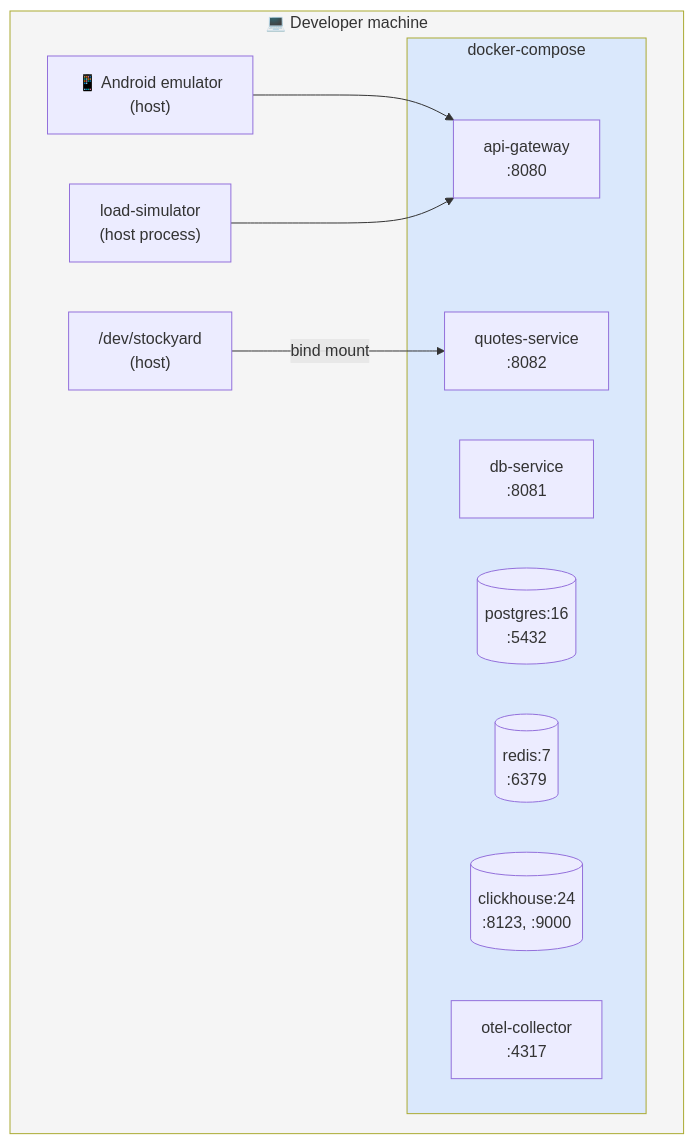
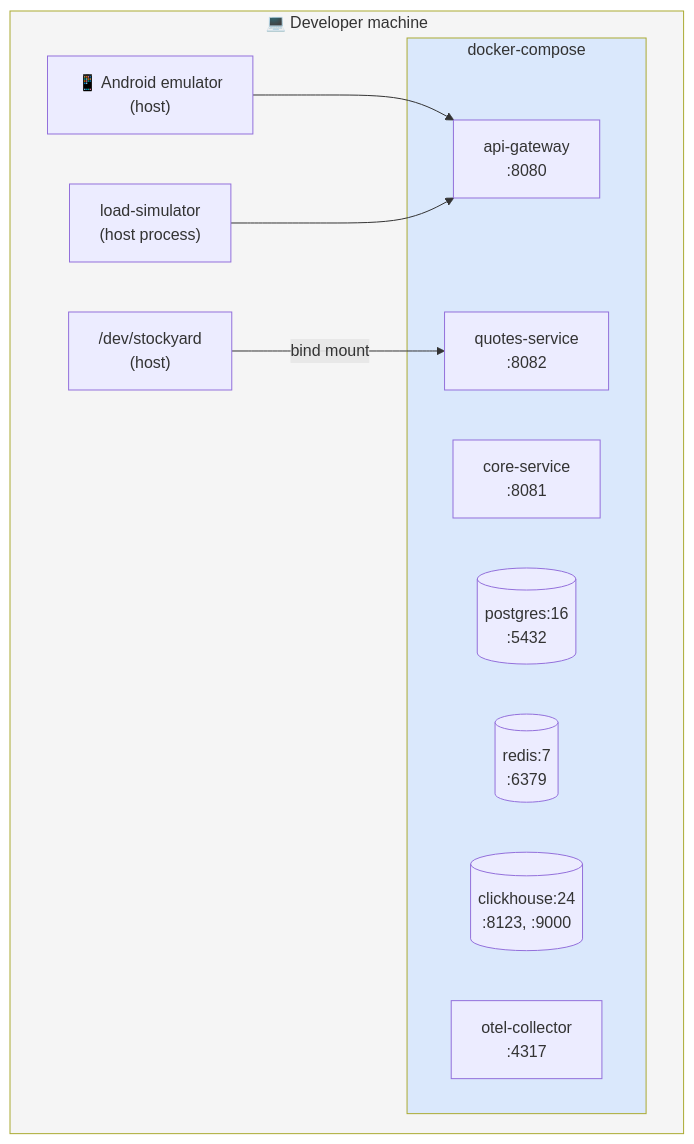
Before and after one commit to r4m63/Stockyard: the first of 5 diagrams in docs/architecture/04-deployment.md, drawn with Mermaid. The commit also changed other lines of this file and 26 other files, not shown here.

First line of the commit message:
docs(arch): add storage operations, ADRs 007-009, rename DB Service to Core Service

````diff
--- a/docs/architecture/04-deployment.md
+++ b/docs/architecture/04-deployment.md
@@ -40,25 +40,25 @@
 ```mermaid
 graph TB
     subgraph Host["💻 Developer machine"]
         subgraph Docker["docker-compose"]
             GW["api-gateway<br/>:8080"]
-            DBSvc["db-service<br/>:8081"]
+            CoreSvc["core-service<br/>:8081"]
             QSvc["quotes-service<br/>:8082"]
             PG[("postgres:16<br/>:5432")]
             Rds[("redis:7<br/>:6379")]
             CH[("clickhouse:24<br/>:8123, :9000")]
             OTC["otel-collector<br/>:4317"]
         end
 
         Drv["/dev/stockyard<br/>(host)"]
         Sim["load-simulator<br/>(host process)"]
         Mobile["📱 Android emulator<br/>(host)"]
     end
 
     Drv -->|bind mount| QSvc
     Mobile --> GW
     Sim --> GW
 
     style Host fill:#f5f5f5
     style Docker fill:#dae8fc
 ```
````
